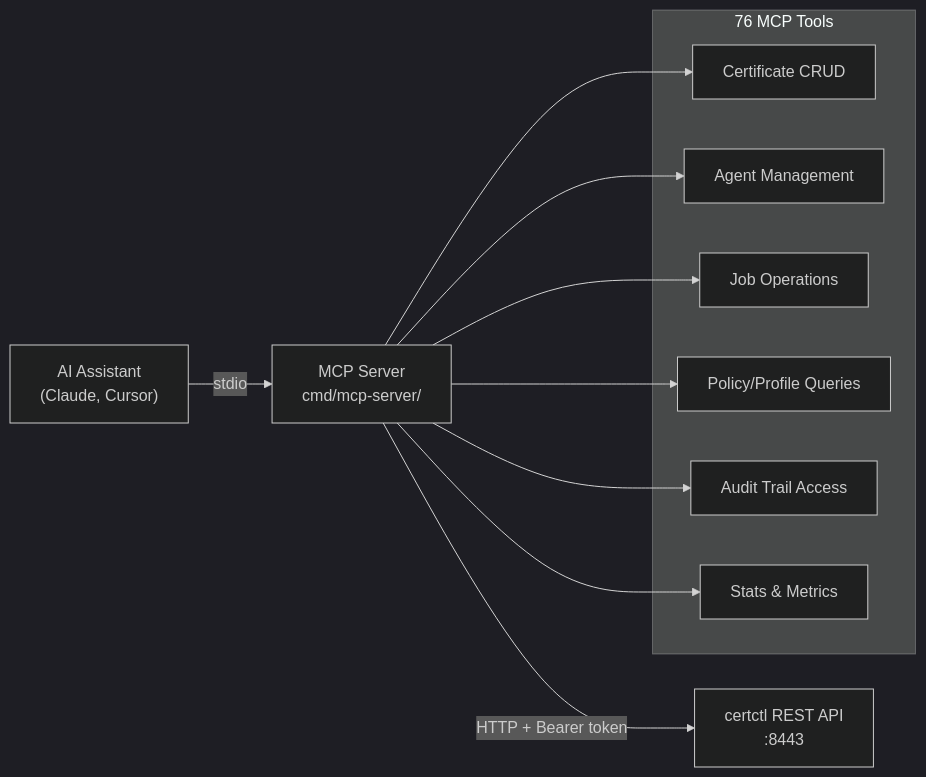
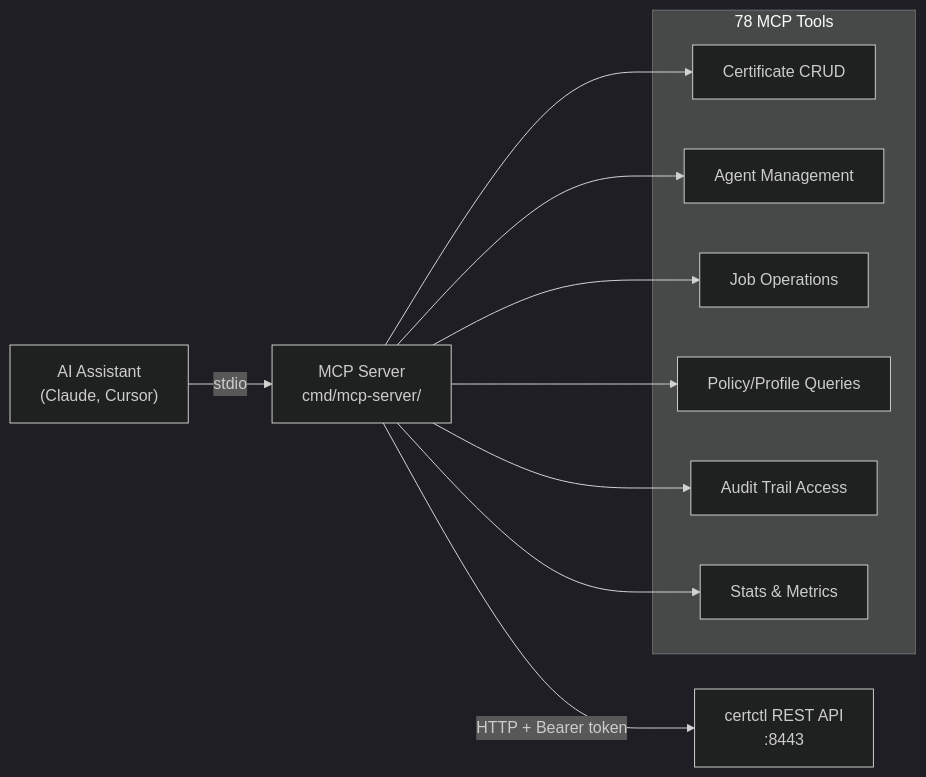
Before and after one commit to certctl-io/certctl: diagram 11 of 14 in docs/architecture.md, drawn with Mermaid (dark theme). The commit also changed other lines of this file and 7 other files, not shown here.

First line of the commit message:
fix: correct stale counts across all docs (tables 19→21, MCP tools 76→78, tests 860→900+)

````diff
--- a/docs/architecture.md
+++ b/docs/architecture.md
@@ -632,16 +632,16 @@
 ```mermaid
 flowchart LR
     AI["AI Assistant\n(Claude, Cursor)"] -->|"stdio"| MCP["MCP Server\ncmd/mcp-server/"]
     MCP -->|"HTTP + Bearer token"| API["certctl REST API\n:8443"]
 
-    subgraph "76 MCP Tools"
+    subgraph "78 MCP Tools"
         T1["Certificate CRUD"]
         T2["Agent Management"]
         T3["Job Operations"]
         T4["Policy/Profile Queries"]
         T5["Audit Trail Access"]
         T6["Stats & Metrics"]
     end
 
     MCP --> T1 & T2 & T3 & T4 & T5 & T6
 ```
````
